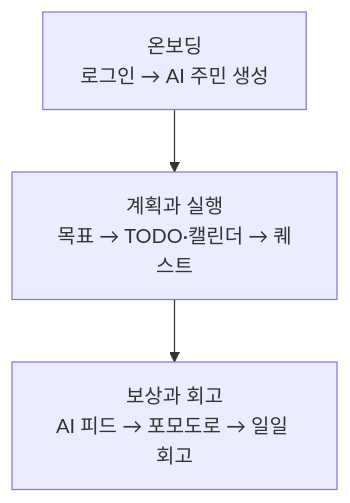
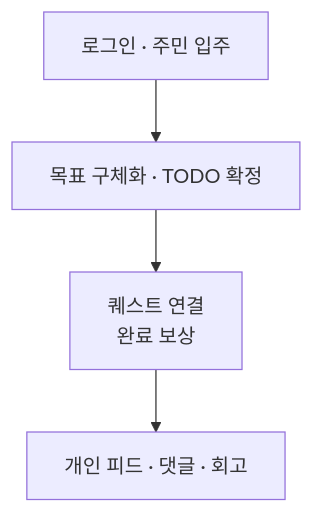
The diagram in README.md (bigmooon/mongle-web), drawn with Mermaid before and after one commit. The commit also changed other lines of this file and 4 other files, not shown here.

````diff
--- a/README.md
+++ b/README.md
@@ -58,8 +120,8 @@
 ```mermaid
 flowchart TB
-    ONBOARD["온보딩<br/>로그인 → AI 주민 생성"]
-    PLAN["계획과 실행<br/>목표 → TODO·캘린더 → 퀘스트"]
-    REFLECT["보상과 회고<br/>AI 피드 → 포모도로 → 일일 회고"]
-
-    ONBOARD --> PLAN --> REFLECT
+    JOIN["로그인 · 주민 입주"]
+    PLAN["목표 구체화 · TODO 확정"]
+    DO["퀘스트 연결<br/>완료 보상"]
+    REVIEW["개인 피드 · 댓글 · 회고"]
+    JOIN --> PLAN --> DO --> REVIEW
 ```
````
